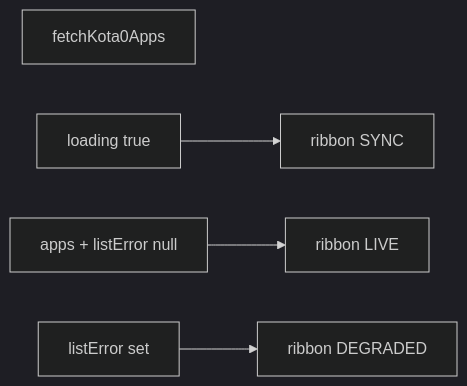
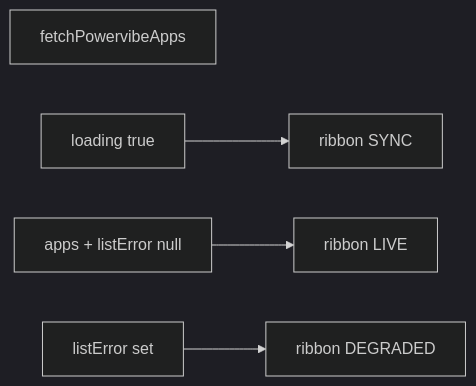
One commit to thoughtpivot/kota0 changed the diagram in .cursor/plans/home-command-center-charts.plan.md. Above: the diagram before and after it, drawn with Mermaid (dark theme). The commit also changed other lines of this file and 23 other files, not shown here.

````diff
--- a/.cursor/plans/home-command-center-charts.plan.md
+++ b/.cursor/plans/home-command-center-charts.plan.md
@@ -54,10 +54,10 @@
 ```mermaid
 flowchart LR
-  fetch[fetchKota0Apps]
+  fetch[fetchPowervibeApps]
   loading[loading true]
   ok[apps + listError null]
   err[listError set]
   loading --> ribbonSync[ribbon SYNC]
   ok --> ribbonLive[ribbon LIVE]
   err --> ribbonBad[ribbon DEGRADED]
 ```
````
